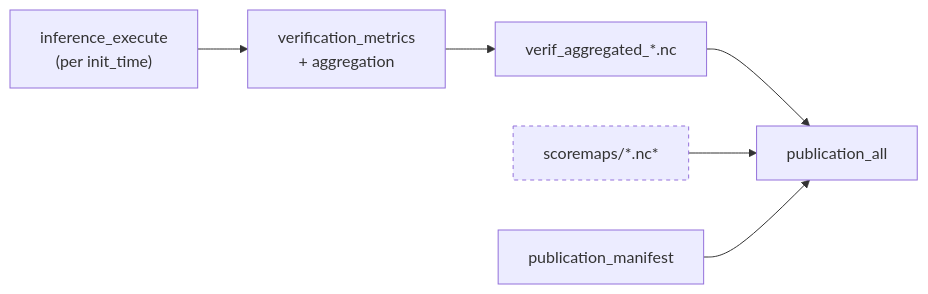
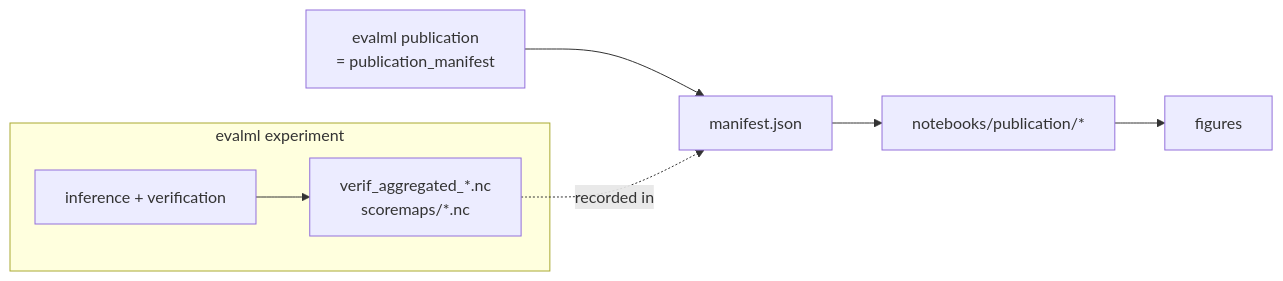
One commit to MeteoSwiss/evalml changed the second of 2 diagrams in docs/publication_figures.md. Above: the diagram before and after it, drawn with Mermaid. The commit also changed other lines of this file and 2 other files, not shown here.

First line of the commit message:
Publication target: manifest only; results come from experiment workflow

````diff
--- a/docs/publication_figures.md
+++ b/docs/publication_figures.md
@@ -187,10 +199,9 @@
 ```mermaid
 flowchart LR
-    A["inference_execute<br/>(per init_time)"] --> B["verification_metrics<br/>+ aggregation"]
-    B --> C["verif_aggregated_*.nc"]
-    C --> ALL
-    SC["scoremaps/*.nc*"] --> ALL
-    M["publication_manifest"] --> ALL["publication_all"]
-    classDef opt stroke-dasharray: 4 4
-    class SC opt
+    subgraph exp["evalml experiment"]
+        A["inference + verification"] --> C["verif_aggregated_*.nc<br/>scoremaps/*.nc"]
+    end
+    M["evalml publication<br/>= publication_manifest"] --> MAN["manifest.json"]
+    C -. recorded in .-> MAN
+    MAN --> NB["notebooks/publication/*"] --> F["figures"]
 ```
````
